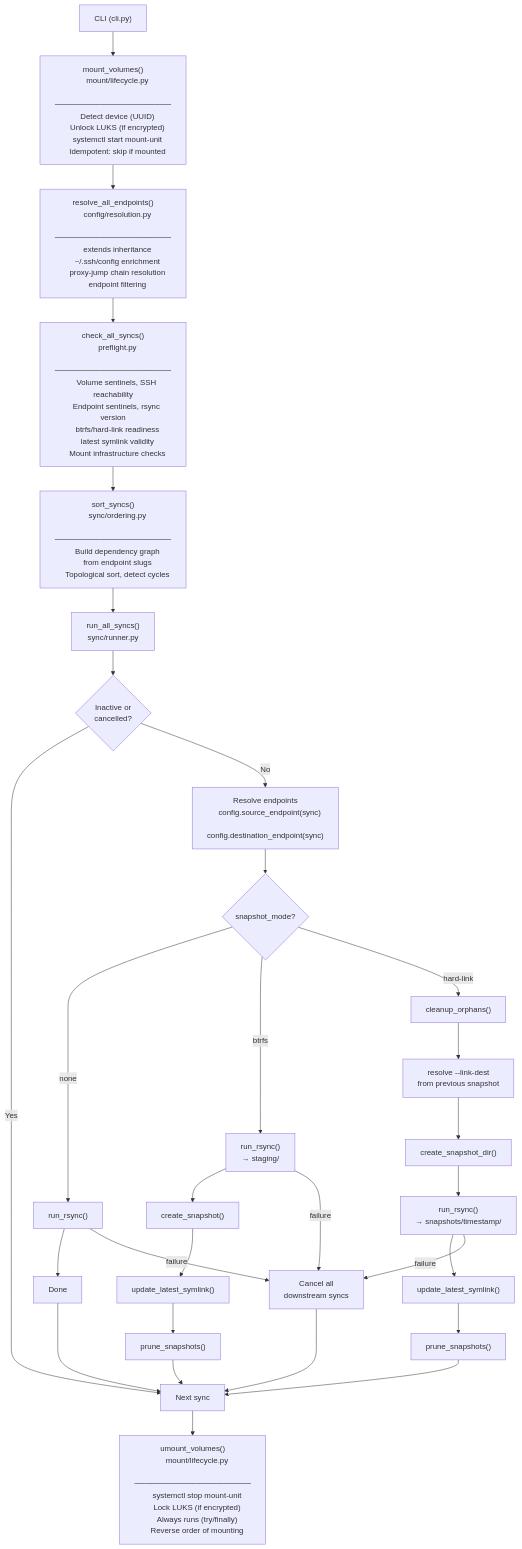
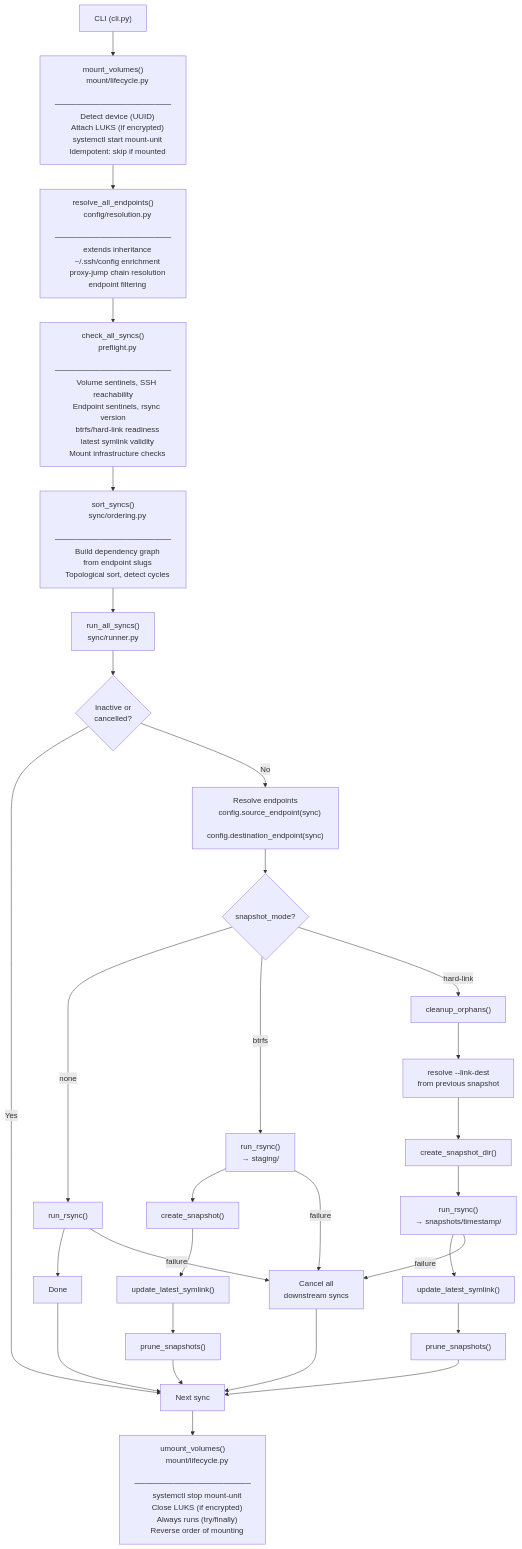
Before and after one commit to iglootools/nbkp: the second of 2 diagrams in docs/architecture.md, drawn with Mermaid. The commit also changed other lines of this file and 20 other files, not shown here.

Commit message:
refactor: use LUKS attach/close terminology over unlock/lock

````diff
--- a/docs/architecture.md
+++ b/docs/architecture.md
@@ -74,7 +74,7 @@
     mount/lifecycle.py
     ─────────────────────
     Detect device (UUID)
-    Unlock LUKS (if encrypted)
+    Attach LUKS (if encrypted)
     systemctl start mount-unit
     Idempotent: skip if mounted"]
 
@@ -146,7 +146,7 @@
     mount/lifecycle.py
     ─────────────────────
     systemctl stop mount-unit
-    Lock LUKS (if encrypted)
+    Close LUKS (if encrypted)
     Always runs (try/finally)
     Reverse order of mounting"]
 ```
````
